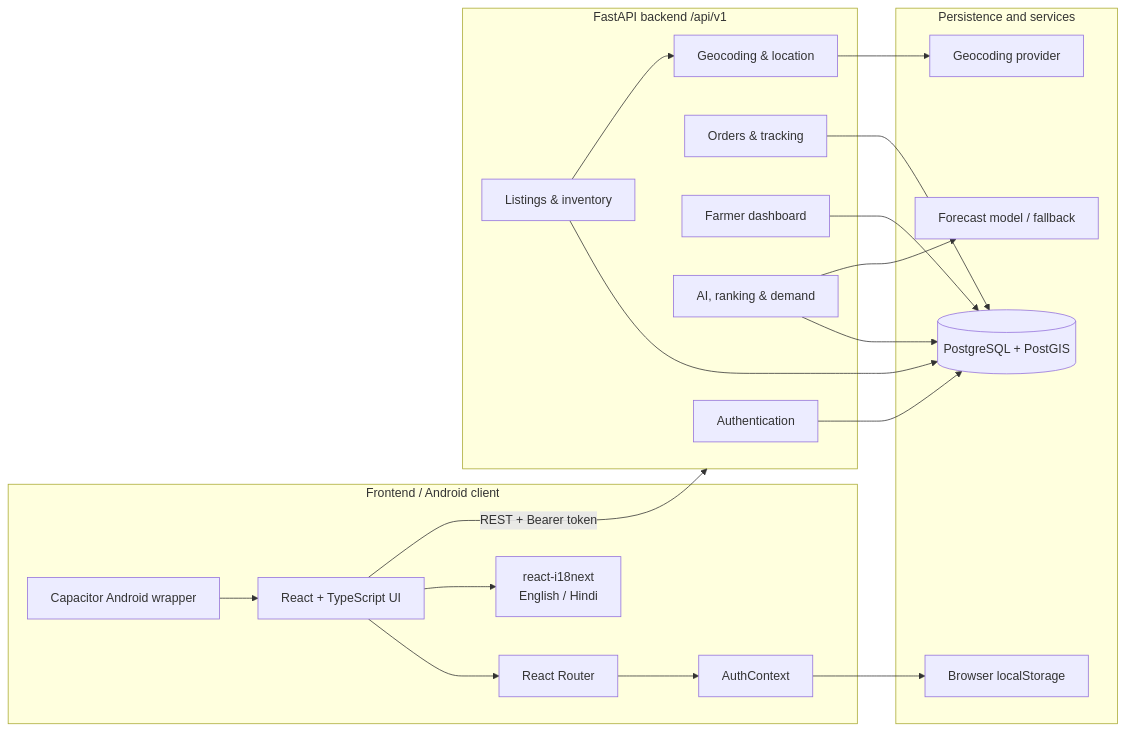
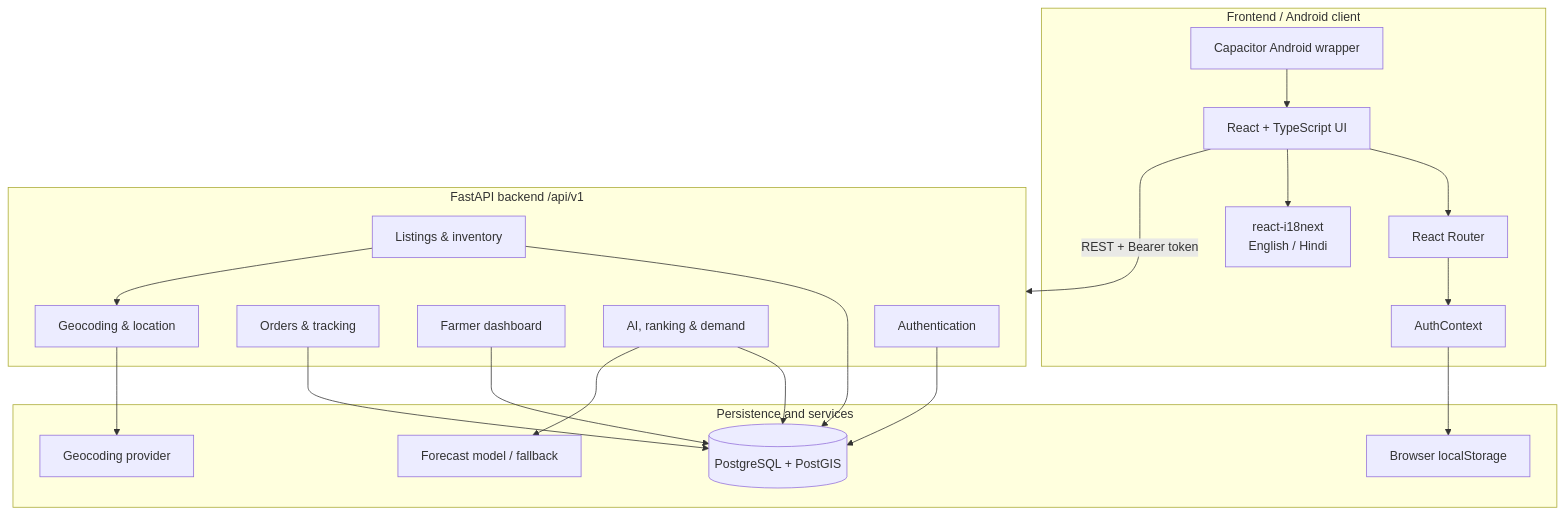
One commit to Adyant-Tiwari19/Kisan-Setu-SIH-2026 changed the first of 4 diagrams in README.md. Above: the diagram before and after it, drawn with Mermaid. The commit also changed other lines of this file, not shown here.

````diff
--- a/README.md
+++ b/README.md
@@ -62,41 +85,41 @@
 ```mermaid
-flowchart LR
+flowchart TD
     subgraph Client["Frontend / Android client"]
         UI["React + TypeScript UI"]
         Router["React Router"]
         Context["AuthContext"]
         I18n["react-i18next<br/>English / Hindi"]
         Capacitor["Capacitor Android wrapper"]
     end
 
     subgraph API["FastAPI backend /api/v1"]
         Auth["Authentication"]
         Listings["Listings & inventory"]
         Orders["Orders & tracking"]
         Dashboard["Farmer dashboard"]
         AI["AI, ranking & demand"]
         Location["Geocoding & location"]
     end
 
     subgraph Data["Persistence and services"]
         DB[("PostgreSQL + PostGIS")]
         Forecast["Forecast model / fallback"]
         Storage["Browser localStorage"]
         Geo["Geocoding provider"]
     end
 
     UI --> Router
     Router --> Context
     UI --> I18n
     Capacitor --> UI
     Context --> Storage
     UI -->|REST + Bearer token| API
     Auth --> DB
     Listings --> DB
     Orders --> DB
     Dashboard --> DB
     AI --> DB
     AI --> Forecast
     Location --> Geo
     Listings --> Location
 ```
````
